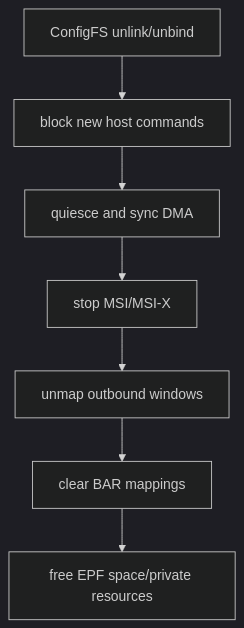
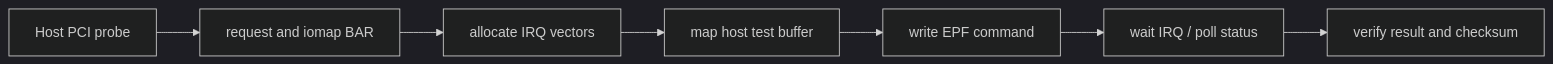
One commit to cdragon-ljl/EEandEdgeAI changed the fourth of 4 diagrams in docs/articles/pcie/pci-16-linux-pci-endpoint-framework.md. Above: the diagram before and after it, drawn with Mermaid (dark theme). The commit also changed other lines of this file and 4 other files, not shown here.

````diff
--- a/docs/articles/pcie/pci-16-linux-pci-endpoint-framework.md
+++ b/docs/articles/pcie/pci-16-linux-pci-endpoint-framework.md
@@ -352,9 +184,9 @@
 ```mermaid
-flowchart TD
-    U[ConfigFS unlink/unbind] --> BLOCK[block new host commands]
-    BLOCK --> DMA[quiesce and sync DMA]
-    DMA --> IRQ[stop MSI/MSI-X]
-    IRQ --> OUT[unmap outbound windows]
-    OUT --> BAR[clear BAR mappings]
-    BAR --> FREE[free EPF space/private resources]
+flowchart LR
+    HPROBE[Host PCI probe] --> HBAR[request and iomap BAR]
+    HBAR --> HIRQ[allocate IRQ vectors]
+    HIRQ --> HDMA[map host test buffer]
+    HDMA --> CMD[write EPF command]
+    CMD --> WAIT[wait IRQ / poll status]
+    WAIT --> CHECK[verify result and checksum]
 ```
````
